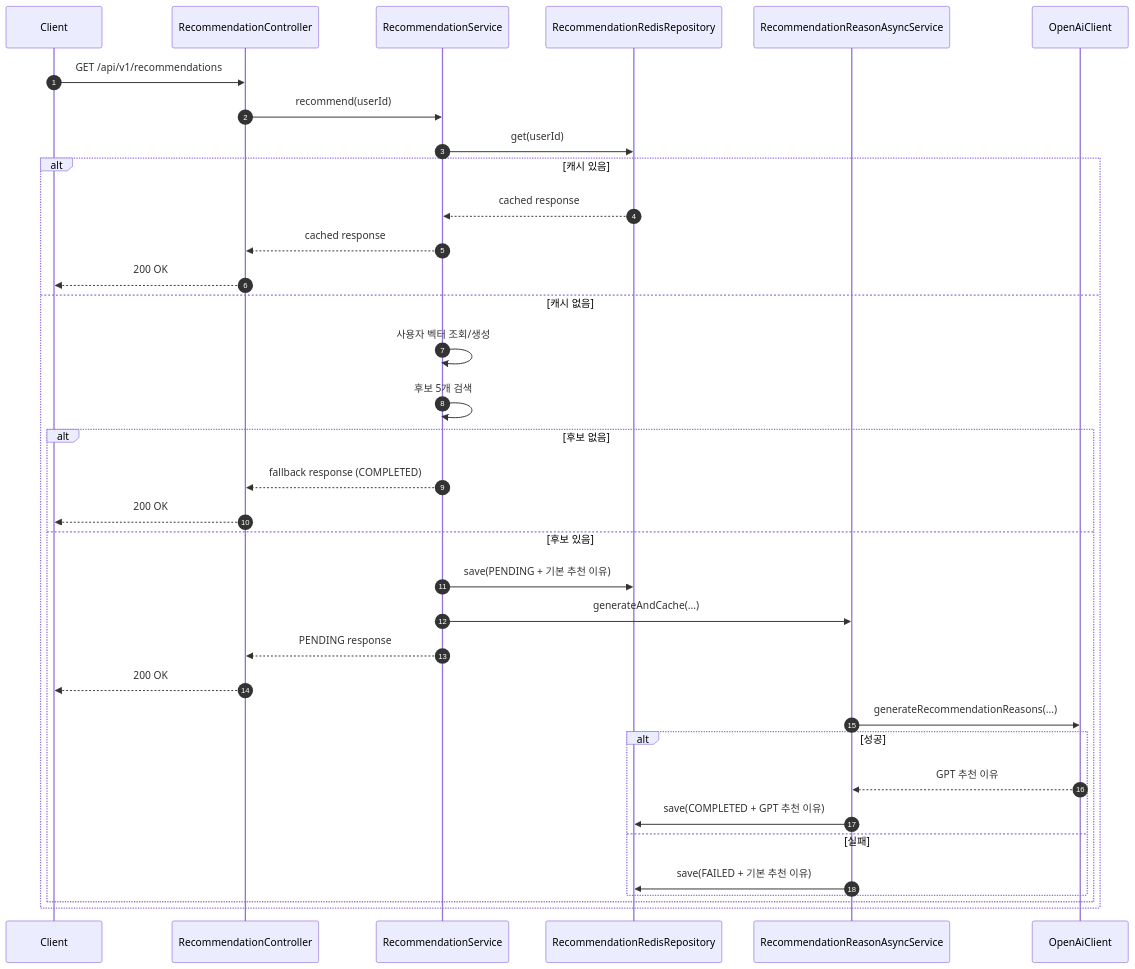
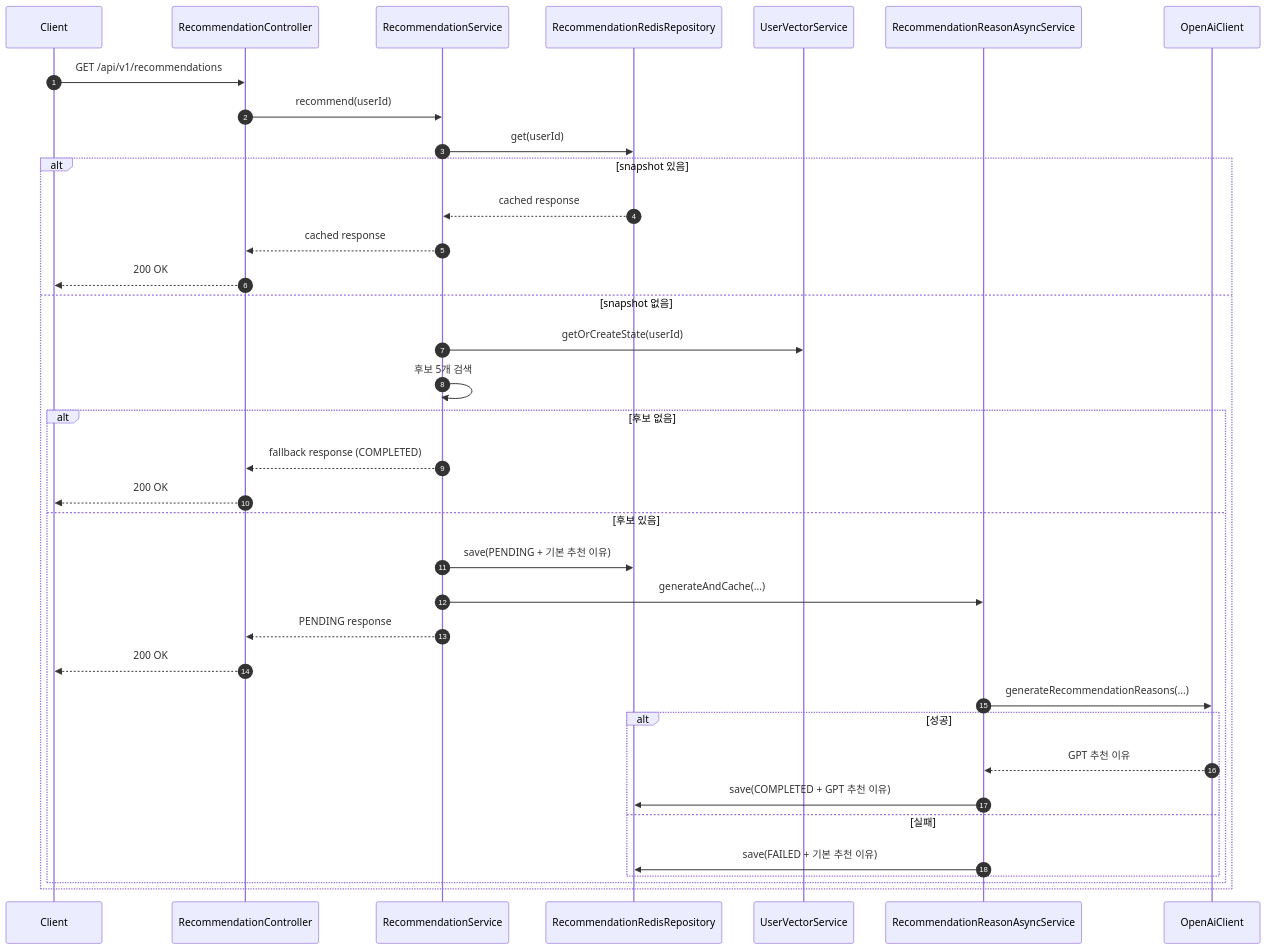
Before and after one commit to prgrms-be-adv-devcourse/beadv5_5_ChamomileChicken_BE: the diagram in docs/ai/ai-recommendation-flow.md, drawn with Mermaid. The commit also changed other lines of this file and 2 other files, not shown here.

````diff
--- a/docs/ai/ai-recommendation-flow.md
+++ b/docs/ai/ai-recommendation-flow.md
@@ -37,40 +29,41 @@
 ```mermaid
 sequenceDiagram
     autonumber
     participant Client
     participant API as RecommendationController
     participant Service as RecommendationService
-    participant Redis as RecommendationRedisRepository
+    participant Snapshot as RecommendationRedisRepository
+    participant Vector as UserVectorService
     participant Async as RecommendationReasonAsyncService
     participant OpenAI as OpenAiClient
 
     Client->>API: GET /api/v1/recommendations
     API->>Service: recommend(userId)
-    Service->>Redis: get(userId)
+    Service->>Snapshot: get(userId)
 
-    alt 캐시 있음
-        Redis-->>Service: cached response
+    alt snapshot 있음
+        Snapshot-->>Service: cached response
         Service-->>API: cached response
         API-->>Client: 200 OK
-    else 캐시 없음
-        Service->>Service: 사용자 벡터 조회/생성
+    else snapshot 없음
+        Service->>Vector: getOrCreateState(userId)
         Service->>Service: 후보 5개 검색
         alt 후보 없음
             Service-->>API: fallback response (COMPLETED)
             API-->>Client: 200 OK
         else 후보 있음
-            Service->>Redis: save(PENDING + 기본 추천 이유)
+            Service->>Snapshot: save(PENDING + 기본 추천 이유)
             Service->>Async: generateAndCache(...)
             Service-->>API: PENDING response
             API-->>Client: 200 OK
 
             Async->>OpenAI: generateRecommendationReasons(...)
             alt 성공
                 OpenAI-->>Async: GPT 추천 이유
-                Async->>Redis: save(COMPLETED + GPT 추천 이유)
+                Async->>Snapshot: save(COMPLETED + GPT 추천 이유)
             else 실패
-                Async->>Redis: save(FAILED + 기본 추천 이유)
+                Async->>Snapshot: save(FAILED + 기본 추천 이유)
             end
         end
     end
 ```
````
